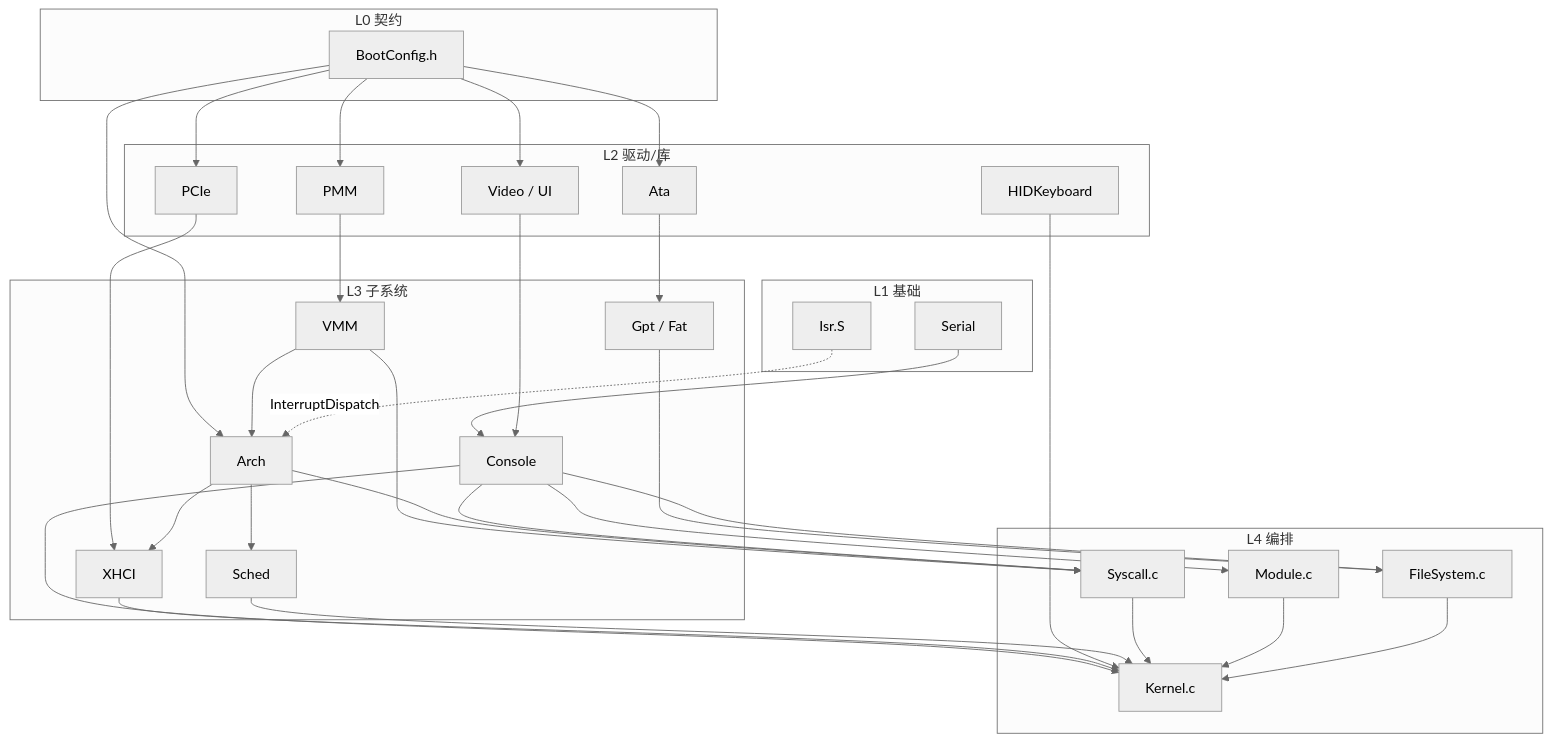
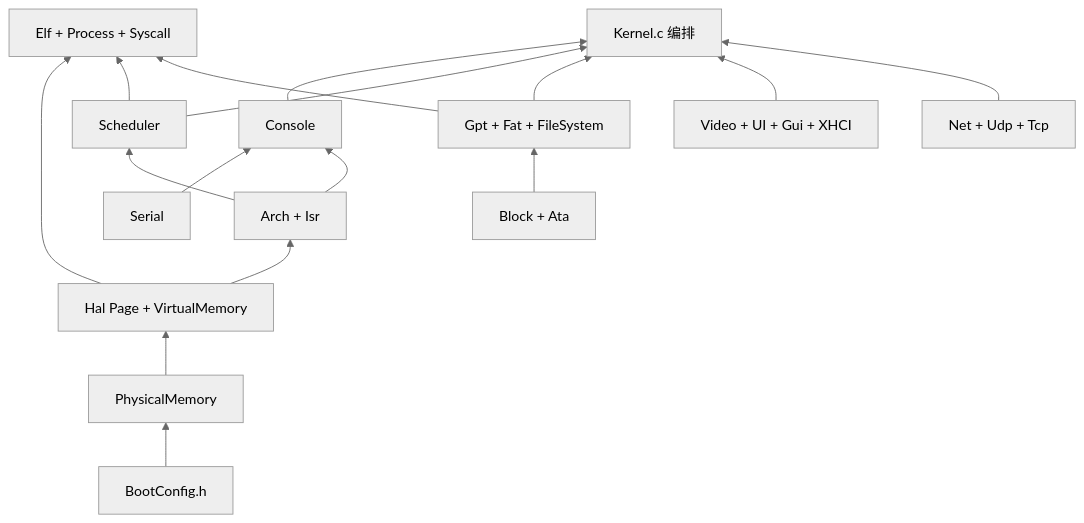
Before and after one commit to tanlaoshi/ToyKernel: the diagram in 结构说明.md, drawn with Mermaid (neutral theme). The commit also changed other lines of this file and 34 other files, not shown here.

````diff
--- a/结构说明.md
+++ b/结构说明.md
@@ -464,53 +320,32 @@
 ```mermaid
-flowchart TB
-    subgraph L0["L0 契约"]
-        BC[BootConfig.h]
-    end
+flowchart BT
+  BootCfg[BootConfig.h]
+  Serial[Serial]
+  Pmm[PhysicalMemory]
+  Page[Hal Page + VirtualMemory]
+  Arch[Arch + Isr]
+  Sched[Scheduler]
+  Cons[Console]
+  Block[Block + Ata]
+  Fat[Gpt + Fat + FileSystem]
+  Proc[Elf + Process + Syscall]
+  Gui[Video + UI + Gui + XHCI]
+  Net[Net + Udp + Tcp]
+  Kern[Kernel.c 编排]
 
-    subgraph L1["L1 基础"]
-        SER[Serial]
-        ISR[Isr.S]
-    end
-
-    subgraph L2["L2 驱动/库"]
-        PMM[PMM]
-        VID[Video / UI]
-        PCIE[PCIe]
-        ATA[Ata]
-        HID[HIDKeyboard]
-    end
-
-    subgraph L3["L3 子系统"]
-        VMM[VMM]
-        ARCH[Arch]
-        CON[Console]
-        XHCI[XHCI]
-        SCH[Sched]
-        GPT[Gpt / Fat]
-    end
-
-    subgraph L4["L4 编排"]
-        KERN[Kernel.c]
-        FS[FileSystem.c]
-        MOD[Module.c]
-        SYS[Syscall.c]
-    end
-
-    BC --> PMM & VID & ARCH & PCIE & ATA
-    SER --> CON
-    VID --> CON
-    PMM --> VMM
-    VMM --> ARCH & SYS
-    PCIE --> XHCI
-    ARCH --> XHCI & SCH & SYS
-    ATA --> GPT
-    GPT --> FS
-    CON --> FS & MOD & KERN & SYS
-    XHCI --> KERN
-    HID --> KERN
-    SCH --> KERN
-    SYS --> KERN
-    MOD --> KERN
-    FS --> KERN
-    ISR -.->|InterruptDispatch| ARCH
+  BootCfg --> Pmm
+  Serial --> Cons
+  Pmm --> Page
+  Page --> Arch
+  Arch --> Sched
+  Arch --> Cons
+  Block --> Fat
+  Page --> Proc
+  Sched --> Proc
+  Fat --> Proc
+  Cons --> Kern
+  Sched --> Kern
+  Fat --> Kern
+  Gui --> Kern
+  Net --> Kern
 ```
````
